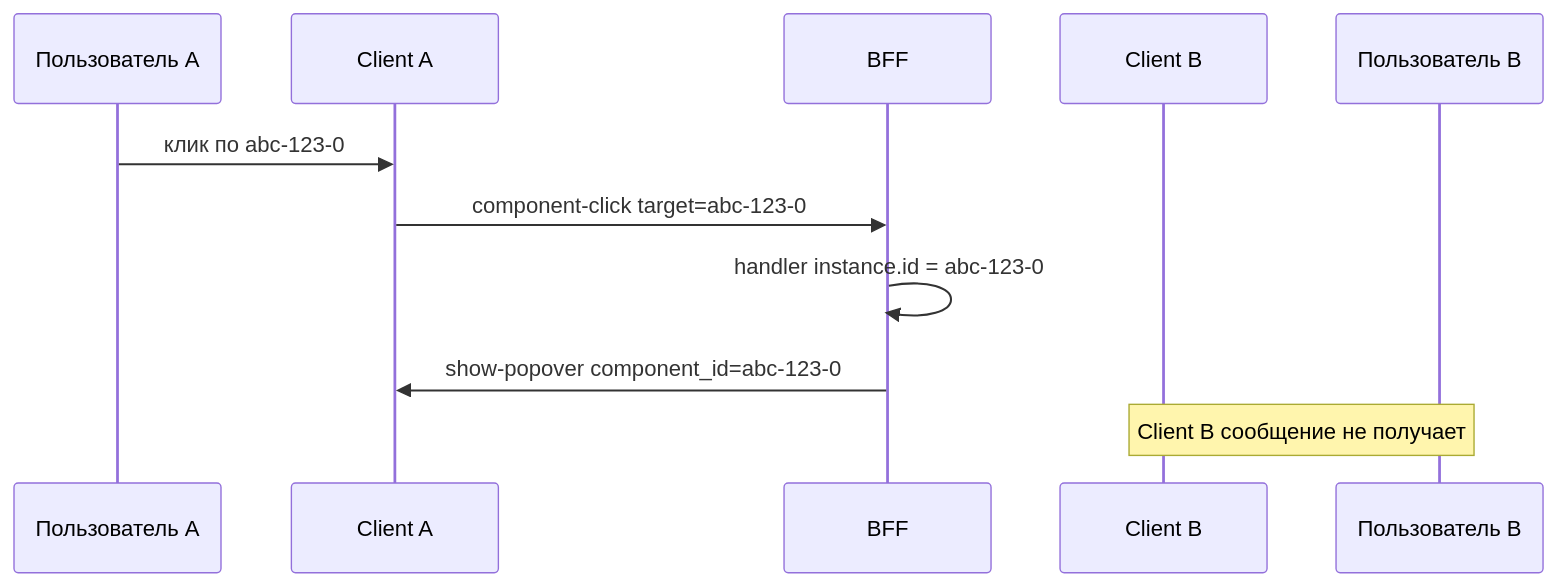
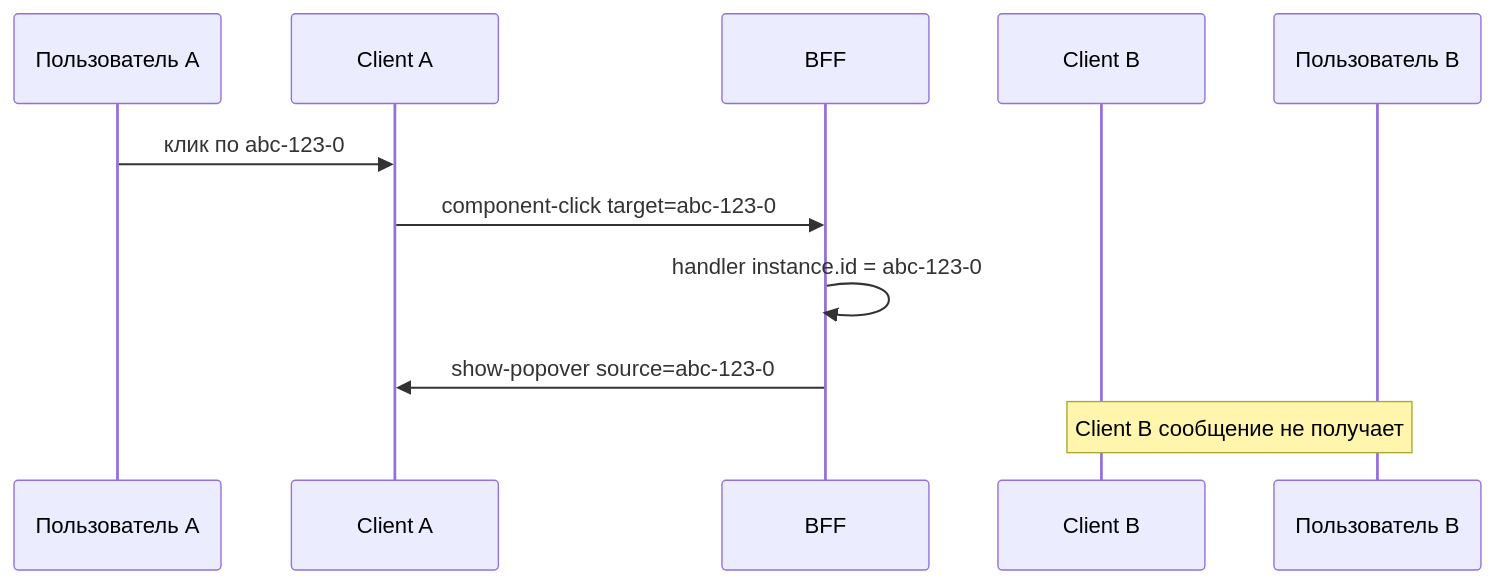
Before and after one commit to matreshka-dev/matreshka: the second of 3 diagrams in docs/advanced/component-instance.md, drawn with Mermaid. The commit also changed other lines of this file and 16 other files, not shown here.

````diff
--- a/docs/advanced/component-instance.md
+++ b/docs/advanced/component-instance.md
@@ -393,14 +393,14 @@
 ```mermaid
 sequenceDiagram
   participant UserA as Пользователь A
   participant ClientA as Client A
   participant BFF as BFF
   participant ClientB as Client B
   participant UserB as Пользователь B
 
   UserA->>ClientA: клик по abc-123-0
   ClientA->>BFF: component-click target=abc-123-0
   BFF->>BFF: handler instance.id = abc-123-0
-  BFF->>ClientA: show-popover component_id=abc-123-0
+  BFF->>ClientA: show-popover source=abc-123-0
   Note over ClientB,UserB: Client B сообщение не получает
 ```
````
